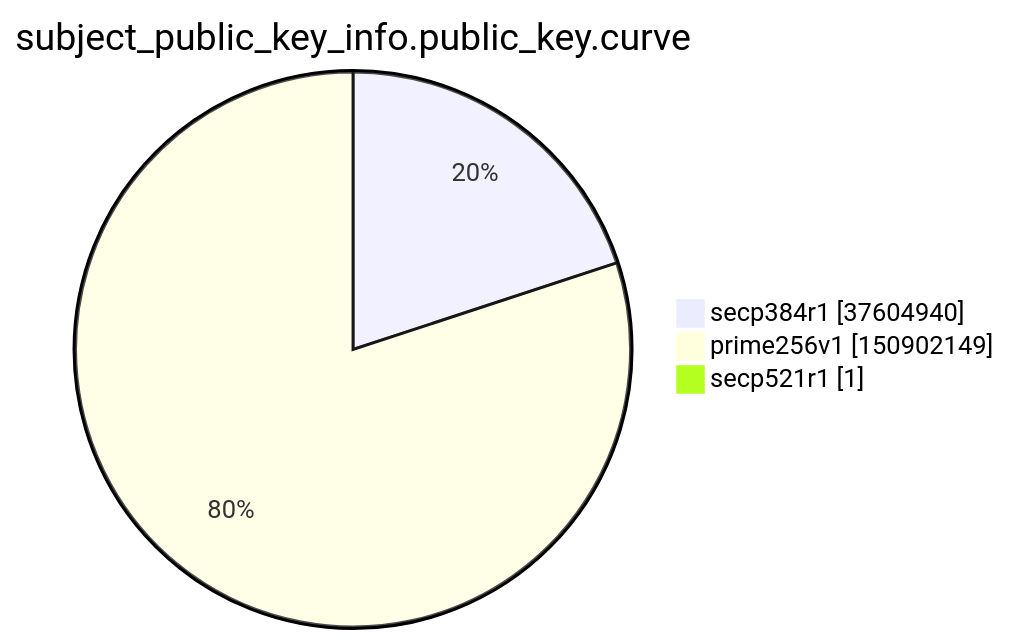
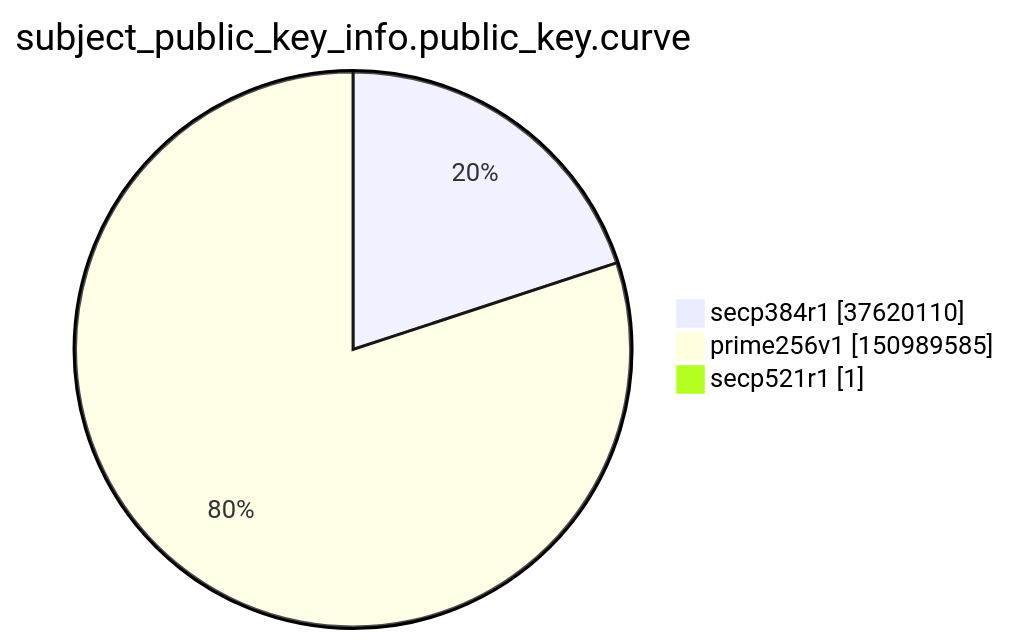
Before and after one commit to christiankrug/ctmonitor_visualization: the ninth of 15 diagrams in xenon2022/README.md, drawn with Mermaid. The commit also changed other lines of this file, not shown here.

````diff
--- a/xenon2022/README.md
+++ b/xenon2022/README.md
@@ -2858,7 +2859,7 @@
 ```mermaid
 pie showData
 title subject_public_key_info.public_key.curve
-"secp384r1" :37604940
-"prime256v1" :150902149
+"secp384r1" :37620110
+"prime256v1" :150989585
 "secp521r1" :1
 ```
````
